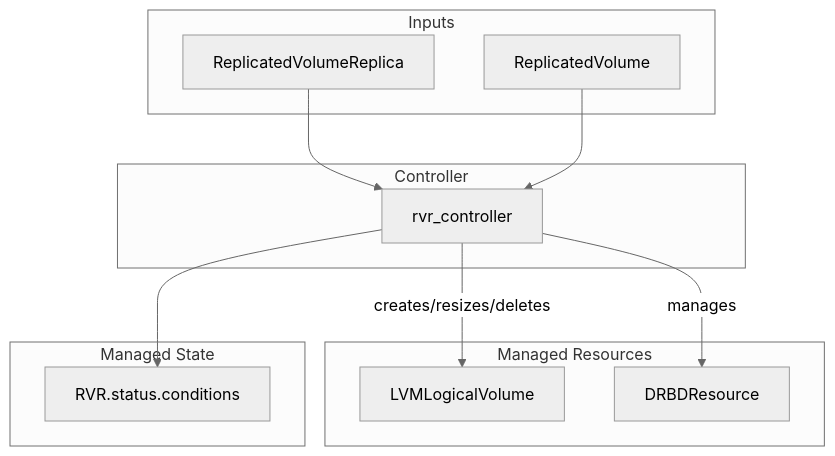
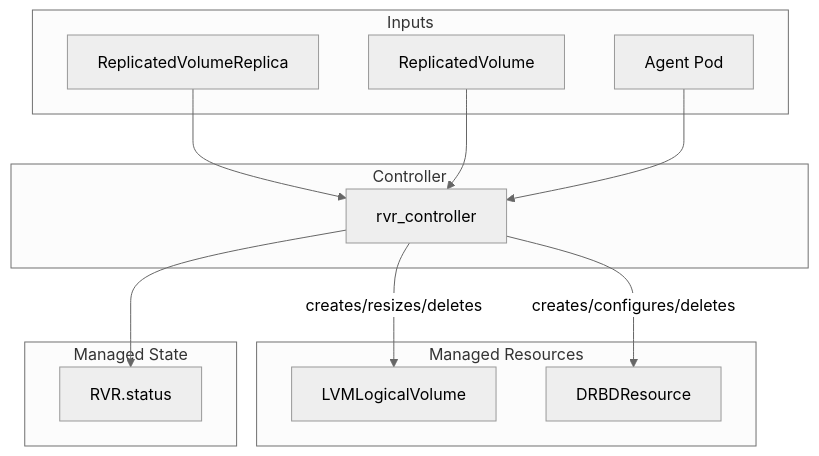
One commit to deckhouse/sds-replicated-volume changed the second of 2 diagrams in images/controller/README.md. Above: the diagram before and after it, drawn with Mermaid (neutral theme). The commit also changed other lines of this file and 42 other files, not shown here.

````diff
--- a/images/controller/README.md
+++ b/images/controller/README.md
@@ -75,26 +75,28 @@
 ```mermaid
 flowchart TB
     subgraph inputs [Inputs]
         RVR[ReplicatedVolumeReplica]
         RV[ReplicatedVolume]
+        AgentPod[Agent Pod]
     end
 
     subgraph controller [Controller]
         RVRCtrl[rvr_controller]
     end
 
     subgraph managed [Managed Resources]
         LLV[LVMLogicalVolume]
         DRBDR[DRBDResource]
     end
 
     subgraph status [Managed State]
-        RVRStatus[RVR.status.conditions]
+        RVRStatus[RVR.status]
     end
 
     RVR --> RVRCtrl
     RV --> RVRCtrl
+    AgentPod --> RVRCtrl
     RVRCtrl -->|creates/resizes/deletes| LLV
-    RVRCtrl -->|manages| DRBDR
+    RVRCtrl -->|creates/configures/deletes| DRBDR
     RVRCtrl --> RVRStatus
 ```
````
